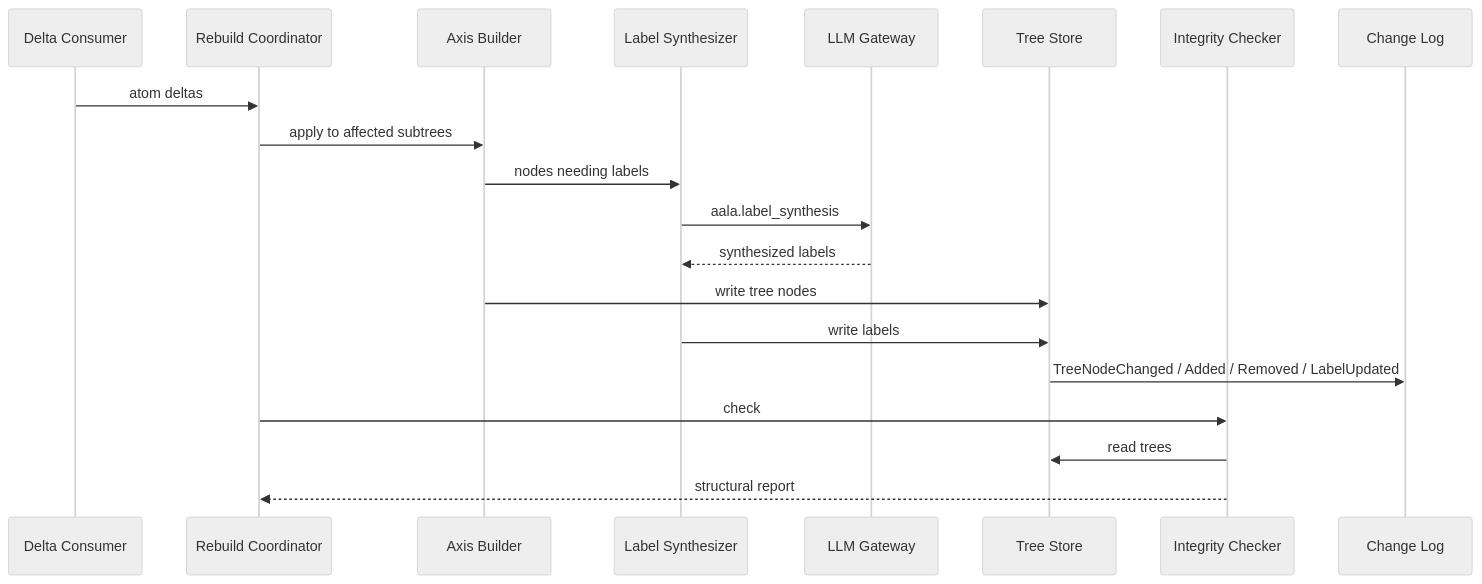
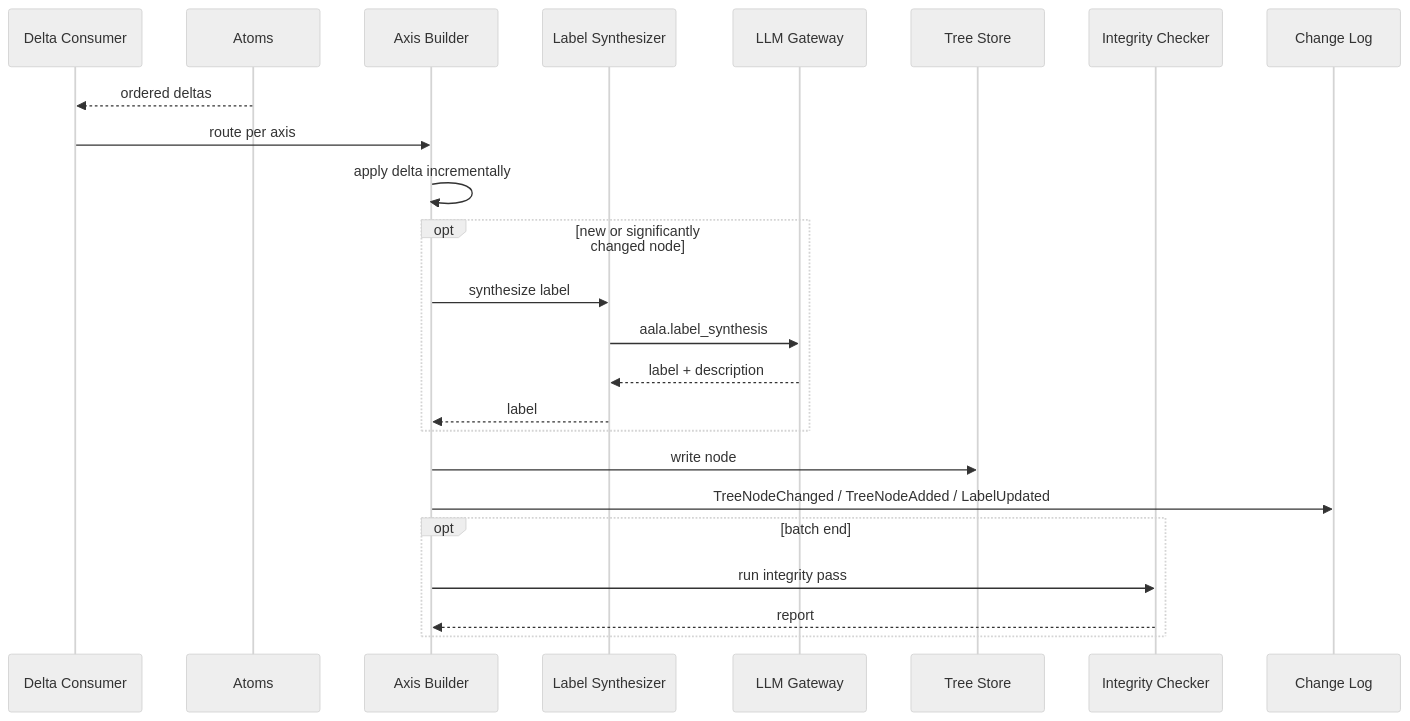
One commit to Gubbi/aala changed the diagram in docs/L3/06-hierarchical-nav.md. Above: the diagram before and after it, drawn with Mermaid (neutral theme). The commit also changed other lines of this file and 68 other files, not shown here.

````diff
--- a/docs/L3/06-hierarchical-nav.md
+++ b/docs/L3/06-hierarchical-nav.md
@@ -24,23 +23,27 @@
 ```mermaid
 sequenceDiagram
-    participant DC as Delta Consumer
-    participant Coord as Rebuild Coordinator
+    participant Consumer as Delta Consumer
+    participant Atoms as Atoms
     participant Builder as Axis Builder
-    participant Label as Label Synthesizer
+    participant Synth as Label Synthesizer
     participant LLM as LLM Gateway
     participant Store as Tree Store
-    participant Integrity as Integrity Checker
+    participant Check as Integrity Checker
     participant Log as Change Log
 
-    DC->>Coord: atom deltas
-    Coord->>Builder: apply to affected subtrees
-    Builder->>Label: nodes needing labels
-    Label->>LLM: aala.label_synthesis
-    LLM-->>Label: synthesized labels
-    Builder->>Store: write tree nodes
-    Label->>Store: write labels
-    Store->>Log: TreeNodeChanged / Added / Removed / LabelUpdated
-    Coord->>Integrity: check
-    Integrity->>Store: read trees
-    Integrity-->>Coord: structural report
+    Atoms-->>Consumer: ordered deltas
+    Consumer->>Builder: route per axis
+    Builder->>Builder: apply delta incrementally
+    opt new or significantly changed node
+        Builder->>Synth: synthesize label
+        Synth->>LLM: aala.label_synthesis
+        LLM-->>Synth: label + description
+        Synth-->>Builder: label
+    end
+    Builder->>Store: write node
+    Builder->>Log: TreeNodeChanged / TreeNodeAdded / LabelUpdated
+    opt batch end
+        Builder->>Check: run integrity pass
+        Check-->>Builder: report
+    end
 ```
````
